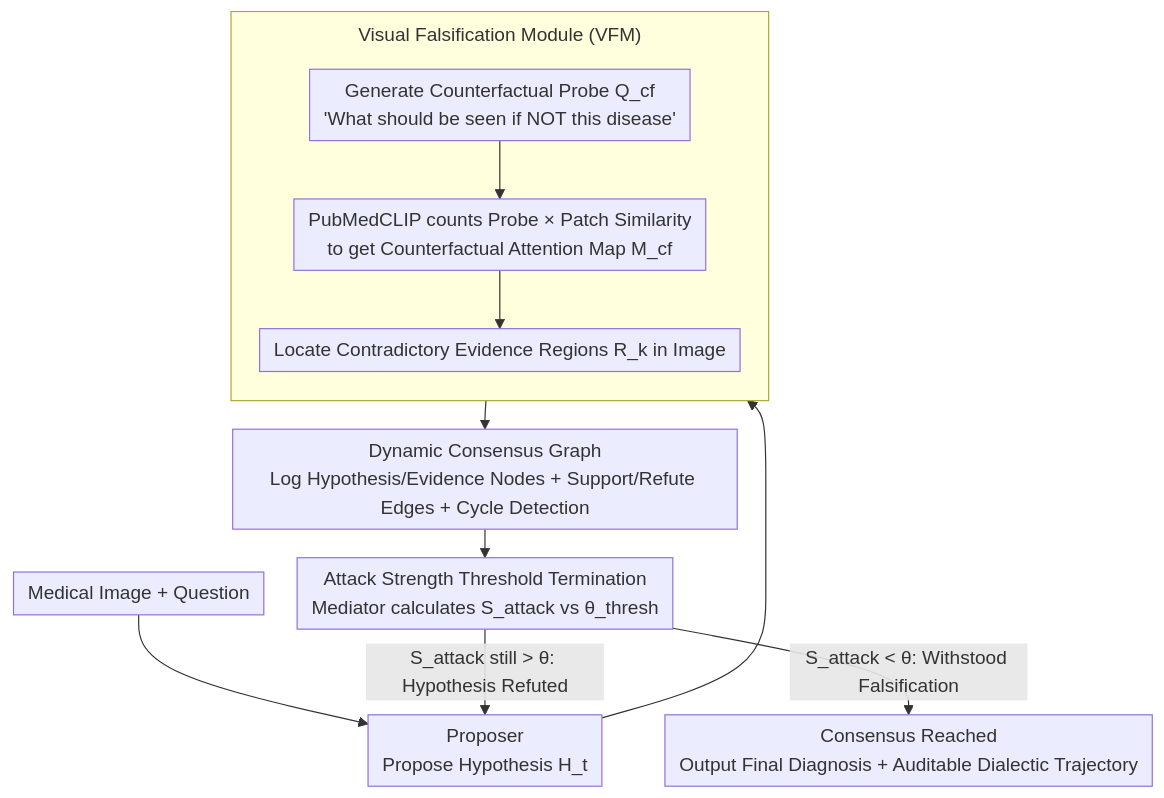
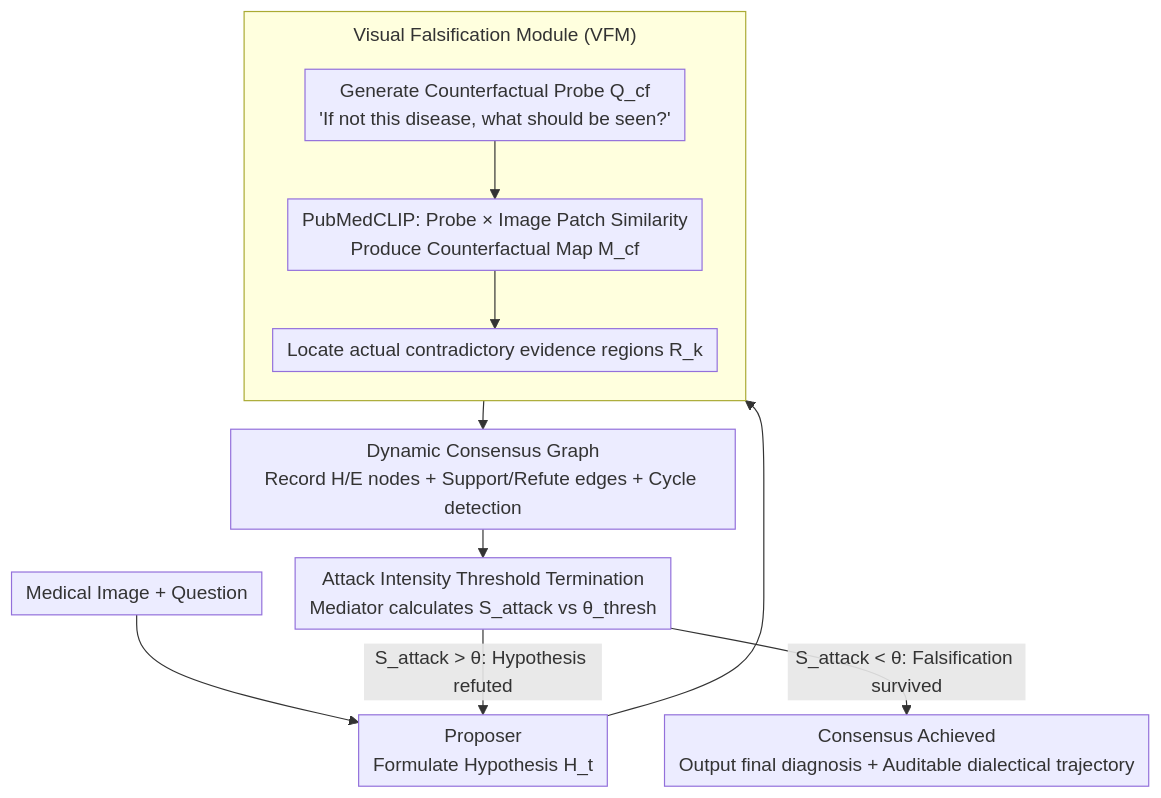
One commit to zhaoyang97/Paper-Notes-en changed the diagram in docs/ACL2026/hallucination/dialectic-med_mitigating_diagnostic_hallucinations_via_counterfactual_adversaria.md. Above: the diagram before and after it, drawn with Mermaid. The commit also changed other lines of this file and 5084 other files, not shown here.

````diff
--- a/docs/ACL2026/hallucination/dialectic-med_mitigating_diagnostic_hallucinations_via_counterfactual_adversaria.md
+++ b/docs/ACL2026/hallucination/dialectic-med_mitigating_diagnostic_hallucinations_via_counterfactual_adversaria.md
@@ -43,15 +43,15 @@
 ```mermaid
 %%{init: {'flowchart': {'rankSpacing': 24, 'nodeSpacing': 28, 'padding': 6, 'wrappingWidth': 400, 'subGraphTitleMargin': {'top': 8, 'bottom': 16}}}}%%
 flowchart TD
-    A["Medical Image + Question"] --> B["Proposer<br/>Propose Hypothesis H_t"]
+    A["Medical Image + Question"] --> B["Proposer<br/>Formulate Hypothesis H_t"]
     B --> C
     subgraph VFM["Visual Falsification Module (VFM)"]
         direction TB
-        C["Generate Counterfactual Probe Q_cf<br/>'What should be seen if NOT this disease'"] --> D["PubMedCLIP counts Probe × Patch Similarity<br/>to get Counterfactual Attention Map M_cf"]
-        D --> E["Locate Contradictory Evidence Regions R_k in Image"]
+        C["Generate Counterfactual Probe Q_cf<br/>'If not this disease, what should be seen?'"] --> D["PubMedCLIP: Probe × Image Patch Similarity<br/>Produce Counterfactual Map M_cf"]
+        D --> E["Locate actual contradictory evidence regions R_k"]
     end
-    E --> G["Dynamic Consensus Graph<br/>Log Hypothesis/Evidence Nodes + Support/Refute Edges + Cycle Detection"]
-    G --> H["Attack Strength Threshold Termination<br/>Mediator calculates S_attack vs θ_thresh"]
-    H -->|"S_attack still > θ: Hypothesis Refuted"| B
-    H -->|"S_attack < θ: Withstood Falsification"| I["Consensus Reached<br/>Output Final Diagnosis + Auditable Dialectic Trajectory"]
+    E --> G["Dynamic Consensus Graph<br/>Record H/E nodes + Support/Refute edges + Cycle detection"]
+    G --> H["Attack Intensity Threshold Termination<br/>Mediator calculates S_attack vs θ_thresh"]
+    H -->|"S_attack > θ: Hypothesis refuted"| B
+    H -->|"S_attack < θ: Falsification survived"| I["Consensus Achieved<br/>Output final diagnosis + Auditable dialectical trajectory"]
 ```
````
